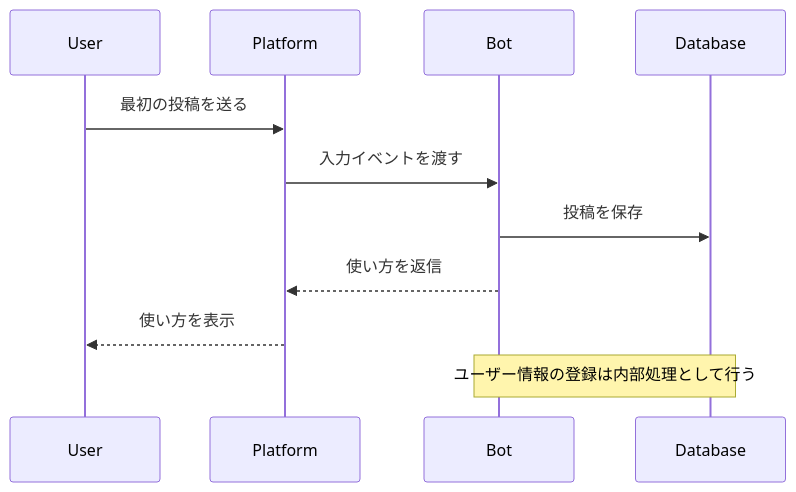
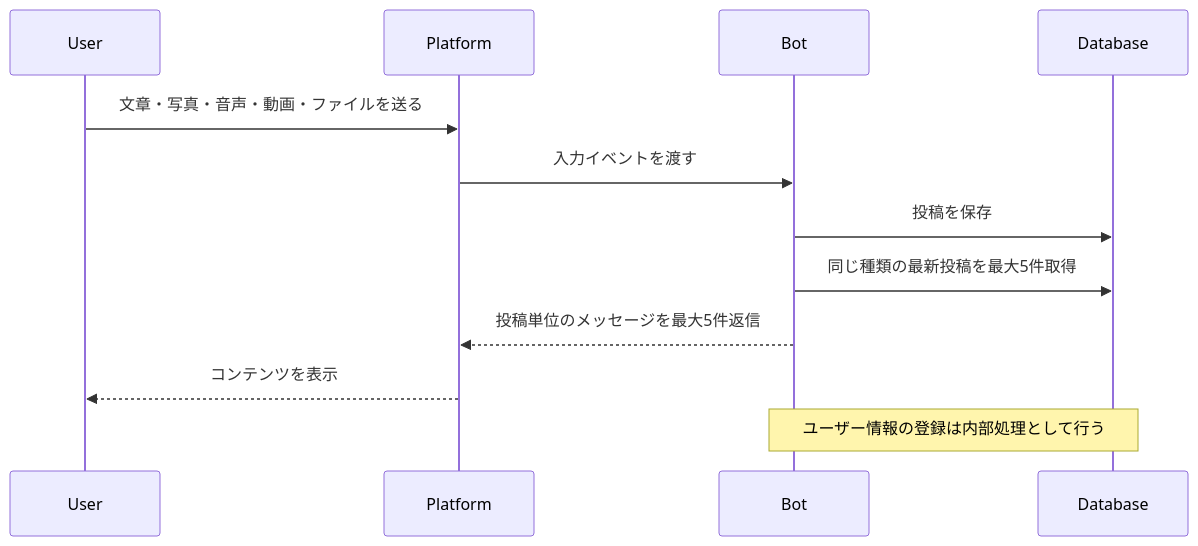
One commit to Unjuno/bot_mini_sns changed the second of 2 diagrams in docs/user-flow.md. Above: the diagram before and after it, drawn with Mermaid. The commit also changed other lines of this file and 5 other files, not shown here.

````diff
--- a/docs/user-flow.md
+++ b/docs/user-flow.md
@@ -22,14 +19,15 @@
 ```mermaid
 sequenceDiagram
     participant U as User
     participant P as Platform
     participant B as Bot
     participant DB as Database
 
-    U->>P: 最初の投稿を送る
+    U->>P: 文章・写真・音声・動画・ファイルを送る
     P->>B: 入力イベントを渡す
     B->>DB: 投稿を保存
-    B-->>P: 使い方を返信
-    P-->>U: 使い方を表示
+    B->>DB: 同じ種類の最新投稿を最大5件取得
+    B-->>P: 投稿単位のメッセージを最大5件返信
+    P-->>U: コンテンツを表示
     Note over B,DB: ユーザー情報の登録は内部処理として行う
 ```
````
